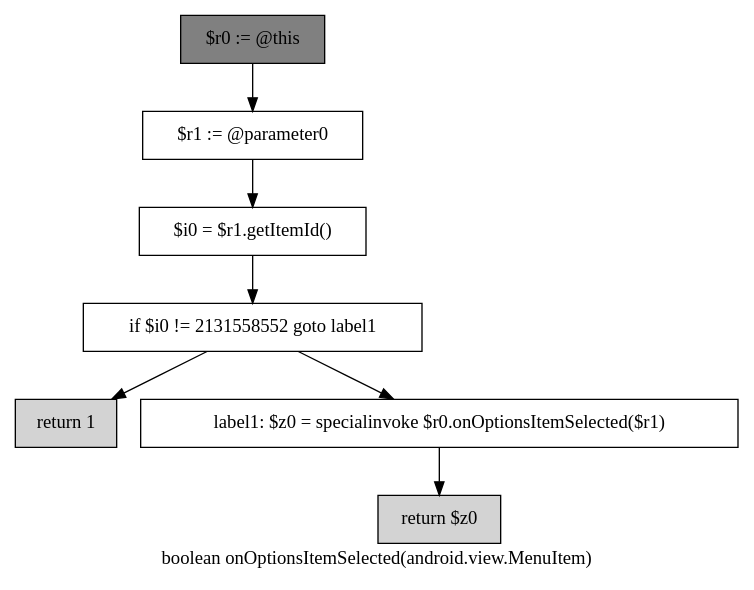
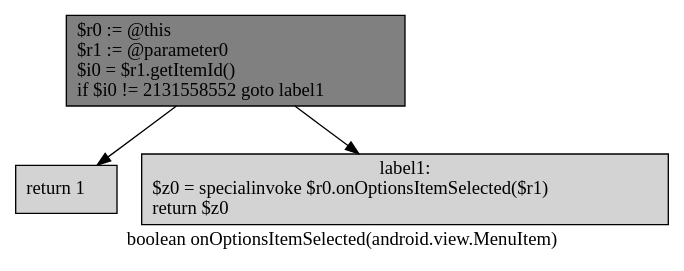
Before and after one commit to gsrishaila/summer: the diagram in soot-infoflow-android-develop/onOptionsItemSelected.dot, drawn with Graphviz. The commit also changed 14 other files, not shown here.

```diff
--- a/soot-infoflow-android-develop/onOptionsItemSelected.dot
+++ b/soot-infoflow-android-develop/onOptionsItemSelected.dot
@@ -1,17 +1,9 @@
 digraph "boolean onOptionsItemSelected(android.view.MenuItem)" {
     label="boolean onOptionsItemSelected(android.view.MenuItem)";
     node [shape=box];
-    "0" [style=filled,fillcolor=gray,label="$r0 := @this",];
-    "1" [label="$r1 := @parameter0",];
+    "0" [style=filled,fillcolor=gray,label="$r0 := @this\l$r1 := @parameter0\l$i0 = $r1.getItemId()\lif $i0 != 2131558552 goto label1\l",];
+    "1" [style=filled,fillcolor=lightgray,label="return 1\l",];
     "0"->"1";
-    "2" [label="$i0 = $r1.getItemId()",];
-    "1"->"2";
-    "3" [label="if $i0 != 2131558552 goto label1",];
-    "2"->"3";
-    "4" [style=filled,fillcolor=lightgray,label="return 1",];
-    "3"->"4";
-    "5" [label="label1: $z0 = specialinvoke $r0.onOptionsItemSelected($r1)",];
-    "3"->"5";
-    "6" [style=filled,fillcolor=lightgray,label="return $z0",];
-    "5"->"6";
+    "2" [style=filled,fillcolor=lightgray,label="label1:\n$z0 = specialinvoke $r0.onOptionsItemSelected($r1)\lreturn $z0\l",];
+    "0"->"2";
 }
```
